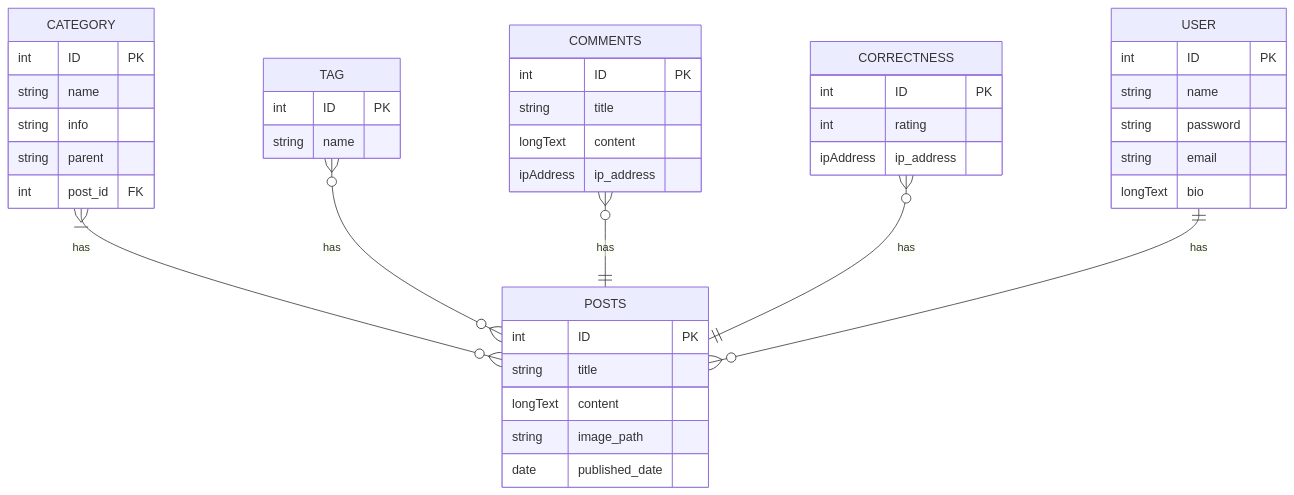
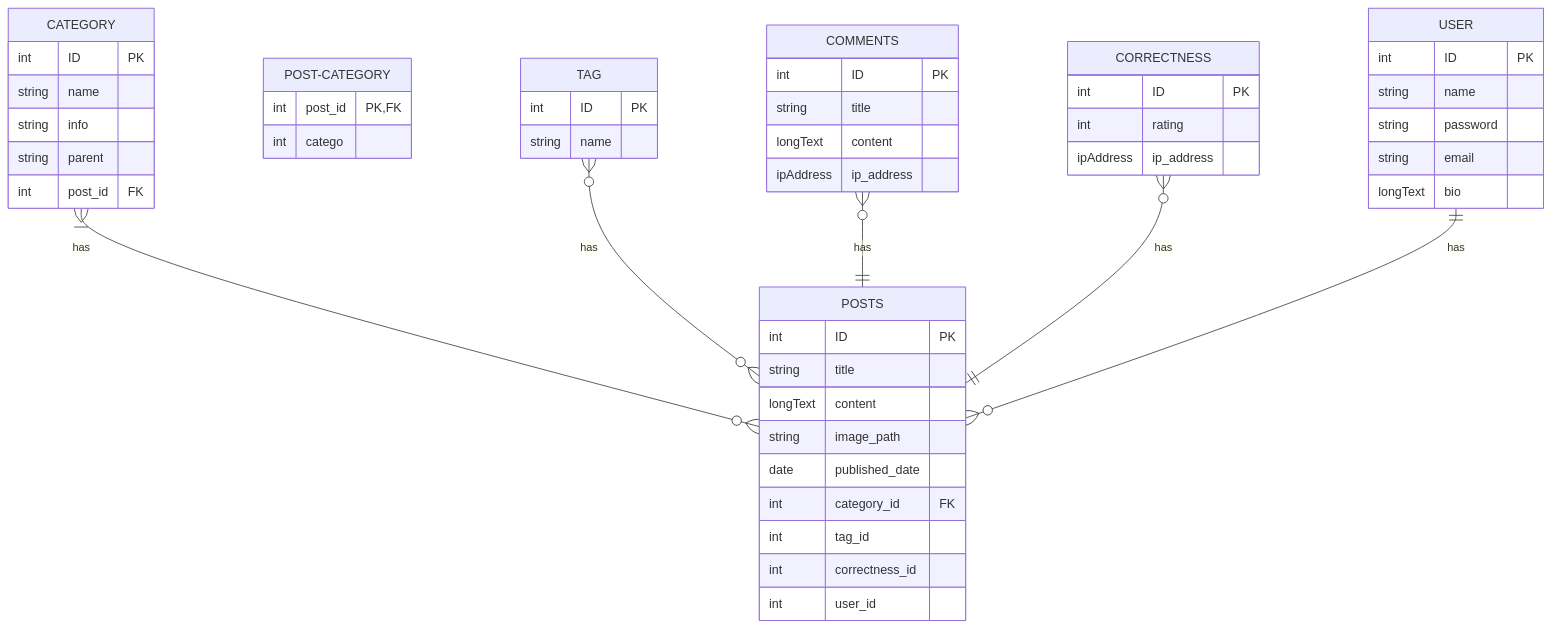
Before and after one commit to sd4483/Obsidian: the diagram in Web Applications/Strings App.md, drawn with Mermaid.

Commit message:
vault backup: 2023-03-05 10:27:56

````diff
--- a/Web Applications/Strings App.md
+++ b/Web Applications/Strings App.md
@@ -46,44 +46,52 @@
 ```mermaid
 erDiagram
 	CATEGORY {
 		int ID PK
 		string name
 		string info
 		string parent
 		int post_id FK
 	}
 	POSTS {
 		int ID PK
 		string title
 		longText content
 		string image_path
 		date published_date
+		int category_id FK
+		int tag_id
+		int correctness_id
+		int user_id
+	}
+	POST-CATEGORY {
+		int post_id PK, FK
+		int catego
 	}
 	TAG {
 		int ID PK
 		string name
 	}
 	COMMENTS {
 		int ID PK
 		string title
 		longText content
 		ipAddress ip_address
 	}
 	CORRECTNESS {
 		int ID PK
 		int rating
 		ipAddress ip_address
 	}
 	USER {
 		int ID PK
 		string name
 		string password
 		string email
 		longText bio
 	}
 	CATEGORY }|--o{ POSTS : has
 	TAG }o--o{ POSTS : has
 	COMMENTS }o--|| POSTS : has
 	CORRECTNESS }o--|| POSTS : has
 	USER ||--o{ POSTS : has
 ```
````
